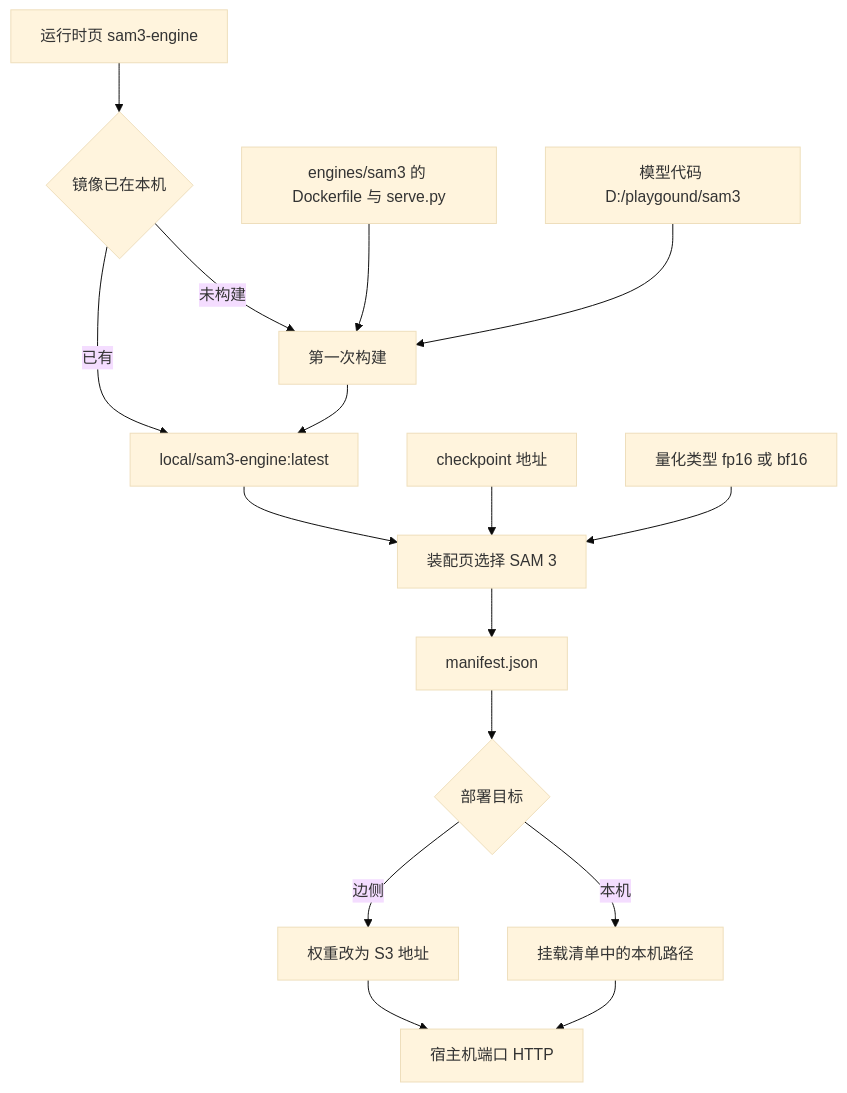
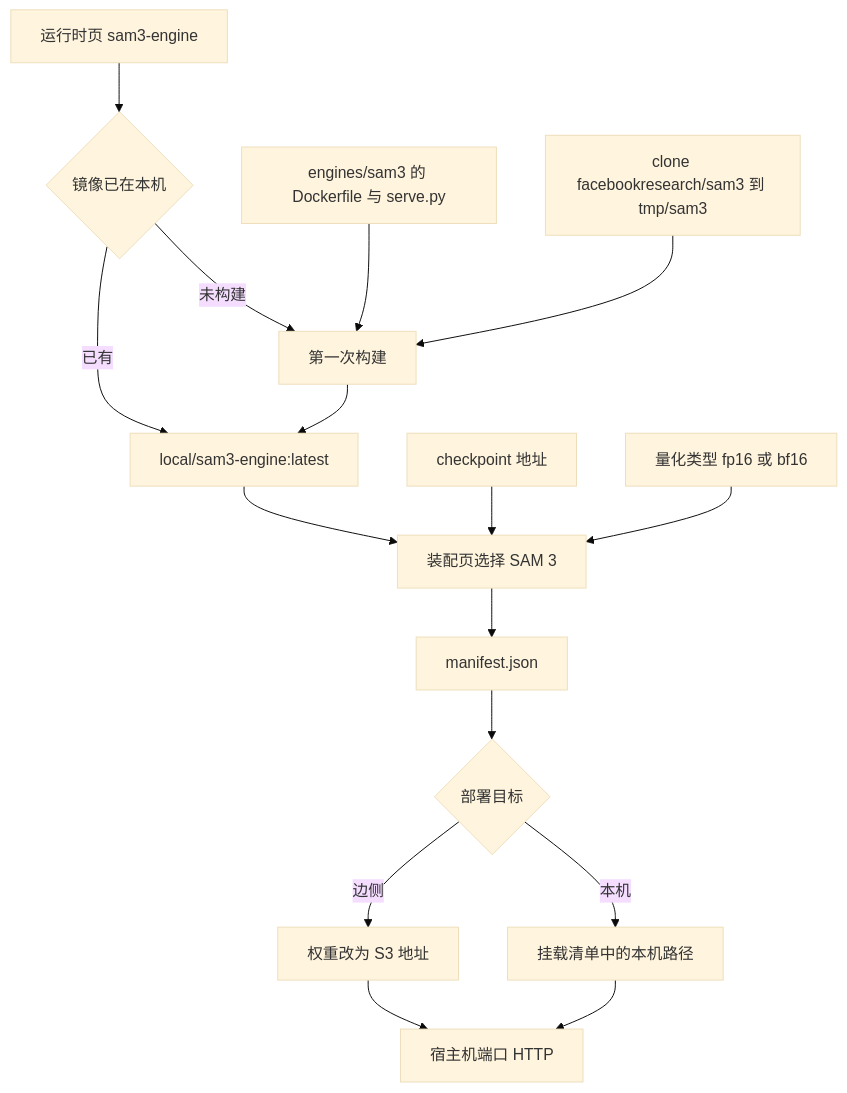
One commit to slimcheng3/aiserver changed the seventh of 10 diagrams in docs/具身模型交付方案.md. Above: the diagram before and after it, drawn with Mermaid (base theme). The commit also changed other lines of this file and 8 other files, not shown here.

Commit message:
Clone SAM 3 model code into tmp when the first build needs it.

````diff
--- a/docs/具身模型交付方案.md
+++ b/docs/具身模型交付方案.md
@@ -148,18 +148,18 @@
 ```mermaid
 flowchart TD
   page[运行时页 sam3-engine] --> built{镜像已在本机}
   built -->|未构建| first[第一次构建]
   adapter["engines/sam3 的 Dockerfile 与 serve.py"] --> first
-  repo["模型代码 D:/playgound/sam3"] --> first
+  repo["clone facebookresearch/sam3 到 tmp/sam3"] --> first
   first --> image["local/sam3-engine:latest"]
   built -->|已有| image
   image --> asm[装配页选择 SAM 3]
   ckpt[checkpoint 地址] --> asm
   quant["量化类型 fp16 或 bf16"] --> asm
   asm --> manifest["manifest.json"]
   manifest --> where{部署目标}
   where -->|本机| local[挂载清单中的本机路径]
   where -->|边侧| s3[权重改为 S3 地址]
   local --> port["宿主机端口 HTTP"]
   s3 --> port
 ```
````
